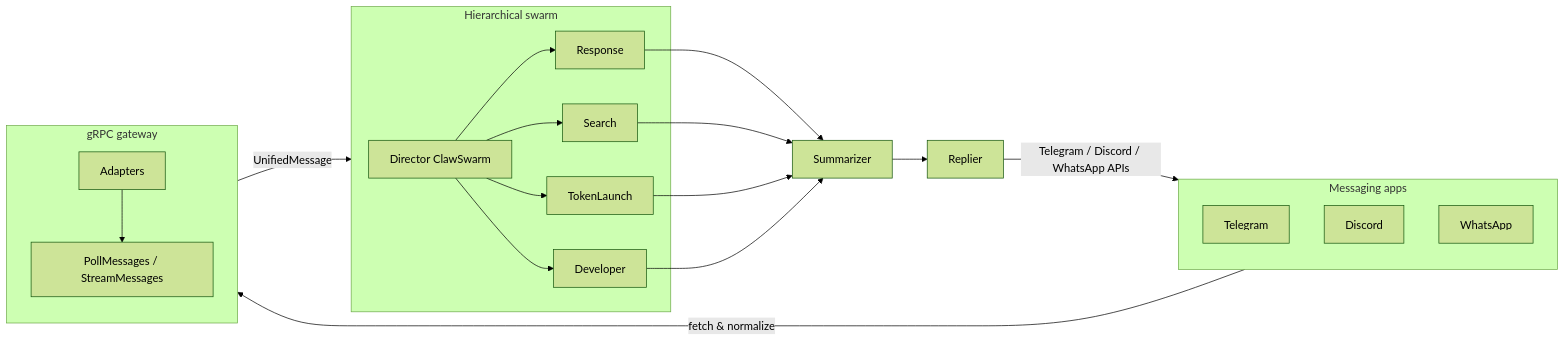
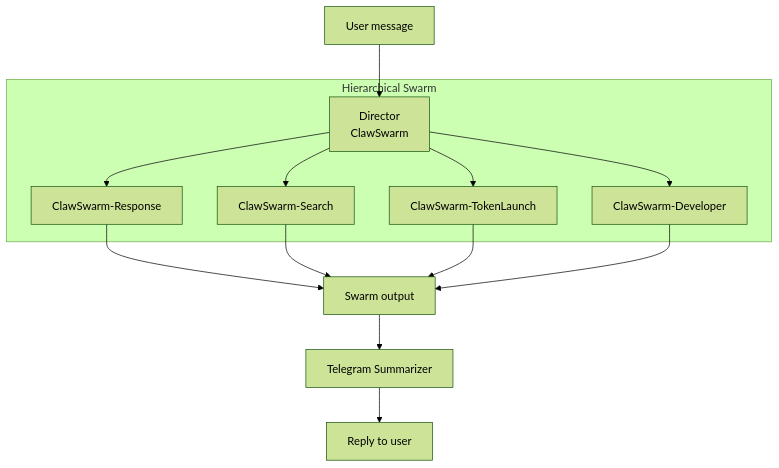
Before and after one commit to jbetgevergiz/ClawSwarm: the diagram in README.md, drawn with Mermaid (forest theme). The commit also changed other lines of this file, not shown here.

````diff
--- a/README.md
+++ b/README.md
@@ -65,34 +90,18 @@
 ```mermaid
-flowchart LR
-    subgraph apps["Messaging apps"]
-        TG[Telegram]
-        DC[Discord]
-        WA[WhatsApp]
+flowchart TB
+    subgraph swarm["Hierarchical Swarm"]
+        DIR[Director\nClawSwarm]
+        DIR --> W0[ClawSwarm-Response]
+        DIR --> W1[ClawSwarm-Search]
+        DIR --> W2[ClawSwarm-TokenLaunch]
+        DIR --> W3[ClawSwarm-Developer]
     end
-    subgraph gw["gRPC gateway"]
-        ADAPT[Adapters]
-        GRPC[PollMessages / StreamMessages]
-        ADAPT --> GRPC
-    end
-    subgraph swarm["Hierarchical swarm"]
-        DIR[Director ClawSwarm]
-        R[Response]
-        S[Search]
-        T[TokenLaunch]
-        D[Developer]
-        DIR --> R
-        DIR --> S
-        DIR --> T
-        DIR --> D
-    end
-    SUM[Summarizer]
-    RPL[Replier]
-    apps -->|fetch & normalize| gw
-    gw -->|UnifiedMessage| swarm
-    R --> SUM
-    S --> SUM
-    T --> SUM
-    D --> SUM
-    SUM --> RPL
-    RPL -->|Telegram / Discord / WhatsApp APIs| apps
+
+    USER[User message] --> DIR
+    W0 --> OUT[Swarm output]
+    W1 --> OUT
+    W2 --> OUT
+    W3 --> OUT
+    OUT --> SUM[Telegram Summarizer]
+    SUM --> REPLY[Reply to user]
 ```
````
